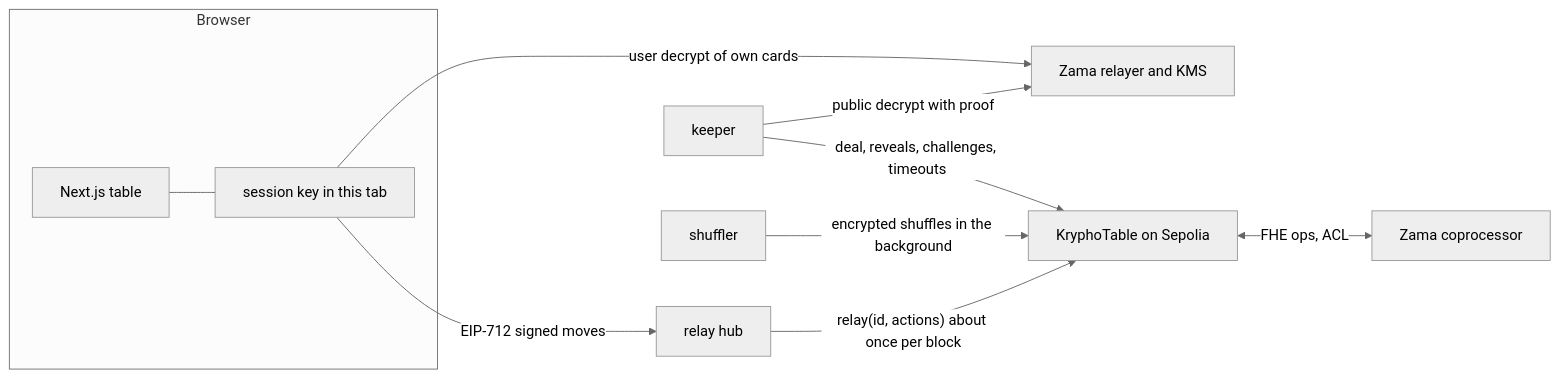
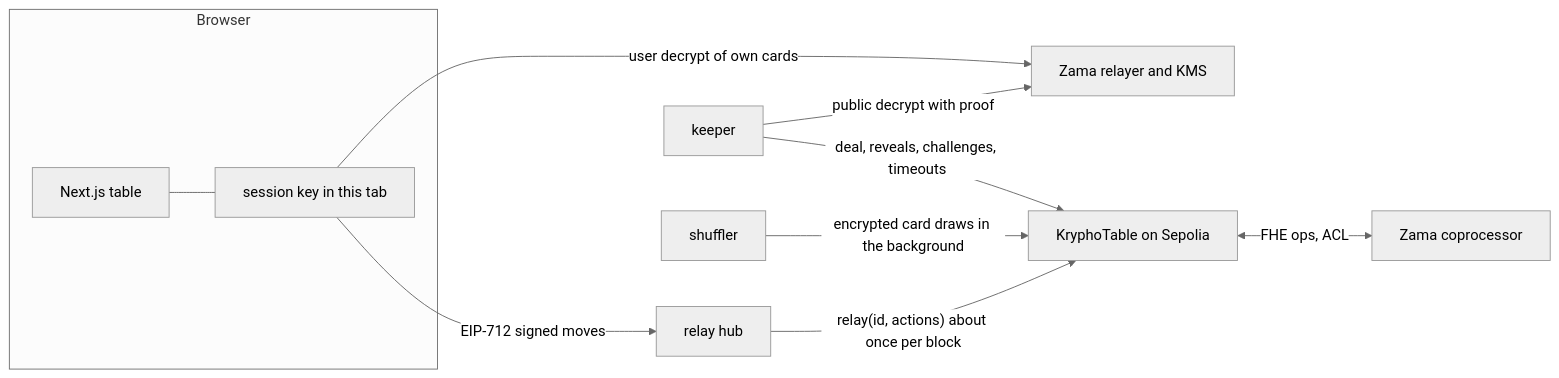
Before and after one commit to UnityNodes/kryphochroma: the diagram in README.md, drawn with Mermaid (neutral theme). The commit also changed other lines of this file, not shown here.

Commit message:
docs: describe the independent card draws and their measured cost

````diff
--- a/README.md
+++ b/README.md
@@ -45,13 +45,13 @@
 ```mermaid
 flowchart LR
   subgraph Browser
     UI[Next.js table] --- SK[session key in this tab]
   end
   SK -- "EIP-712 signed moves" --> HUB[relay hub]
   HUB -- "relay(id, actions) about once per block" --> T[KryphoTable on Sepolia]
   K[keeper] -- "deal, reveals, challenges, timeouts" --> T
-  S[shuffler] -- "encrypted shuffles in the background" --> T
+  S[shuffler] -- "encrypted card draws in the background" --> T
   T <-- "FHE ops, ACL" --> C[Zama coprocessor]
   SK -- "user decrypt of own cards" --> R[Zama relayer and KMS]
   K -- "public decrypt with proof" --> R
 ```
````
